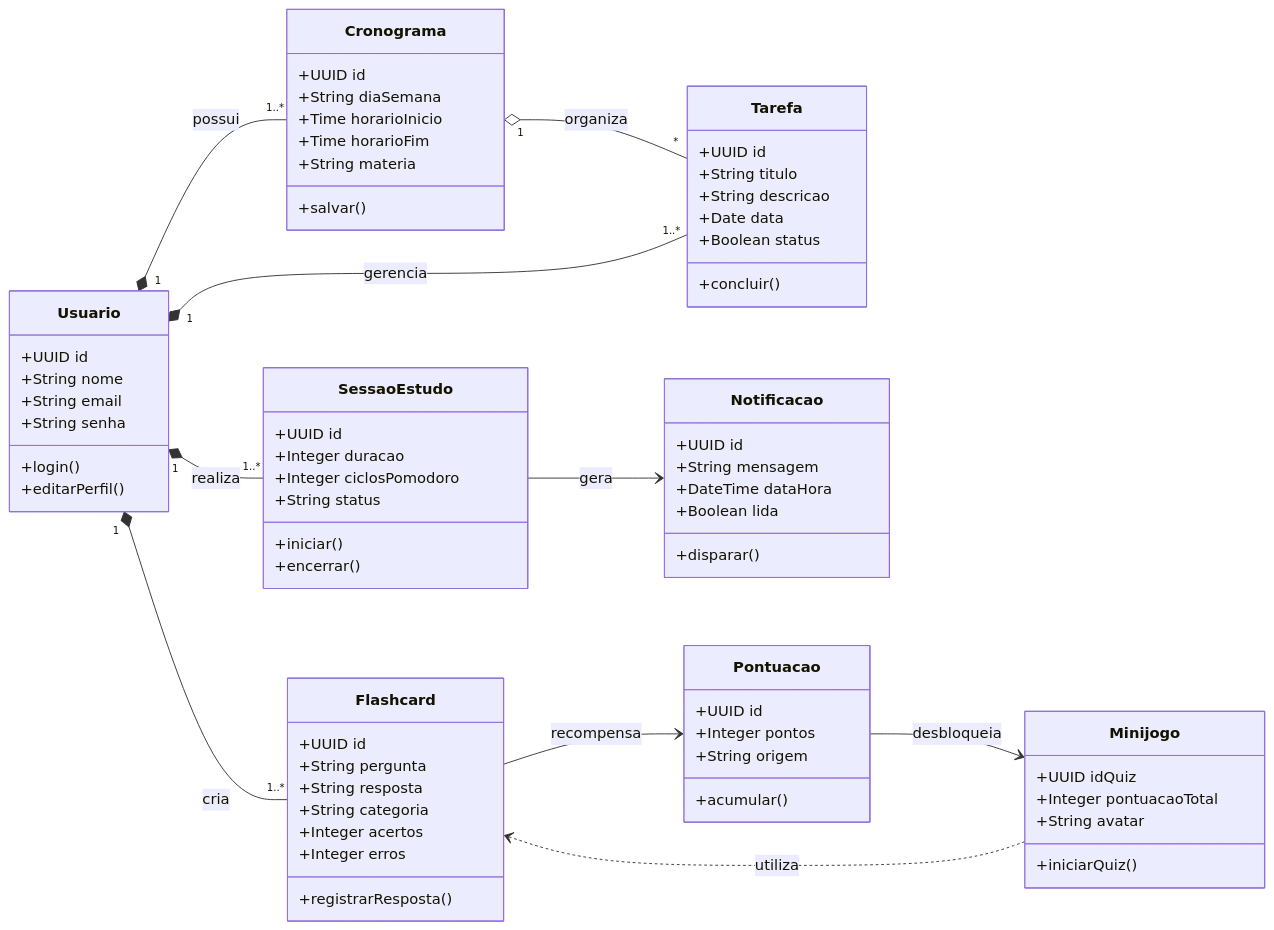
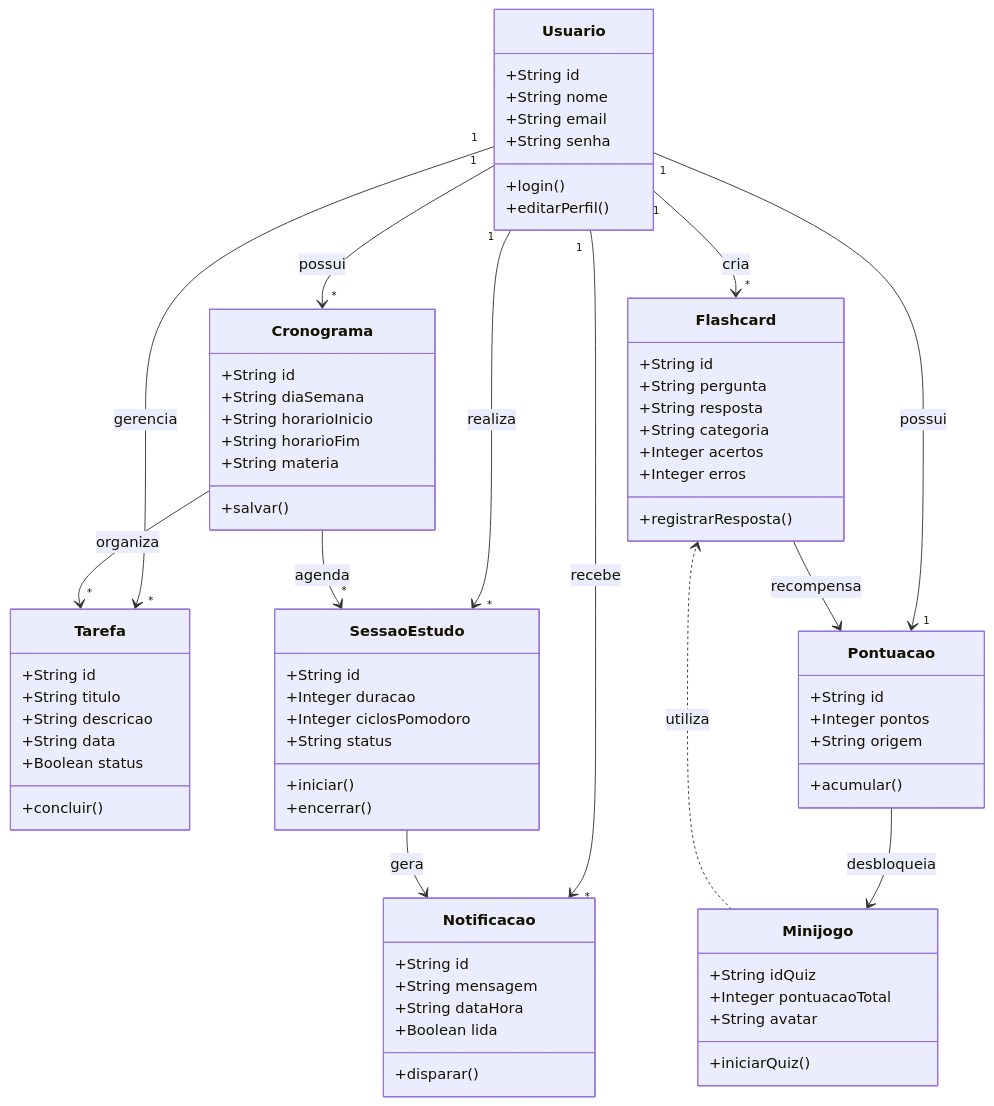
One commit to brenofeliix/software-engineering-foundations-project-lab changed the second of 3 diagrams in groups/group-06/Documento_de_Requisitos_Versao-Final.md. Above: the diagram before and after it, drawn with Mermaid. The commit also changed other lines of this file, not shown here.

Commit message:
Update Documento_de_Requisitos_Versao-Final.md
Item 9.1 e 9.2

````diff
--- a/groups/group-06/Documento_de_Requisitos_Versao-Final.md
+++ b/groups/group-06/Documento_de_Requisitos_Versao-Final.md
@@ -927,147 +881,87 @@
 ```mermaid
 classDiagram
-direction LR
+    direction TB
 
-class Usuario {
-    +UUID id
-    +String nome
-    +String email
-    +String senha
-    +login()
-    +editarPerfil()
-}
+    class Usuario {
+        +String id
+        +String nome
+        +String email
+        +String senha
+        +login()
+        +editarPerfil()
+    }
 
-class Cronograma {
-    +UUID id
-    +String diaSemana
-    +Time horarioInicio
-    +Time horarioFim
-    +String materia
-    +salvar()
-}
+    class Cronograma {
+        +String id
+        +String diaSemana
+        +String horarioInicio
+        +String horarioFim
+        +String materia
+        +salvar()
+    }
 
-class Tarefa {
-    +UUID id
-    +String titulo
-    +String descricao
-    +Date data
-    +Boolean status
-    +concluir()
-}
+    class Tarefa {
+        +String id
+        +String titulo
+        +String descricao
+        +String data
+        +Boolean status
+        +concluir()
+    }
 
-class SessaoEstudo {
-    +UUID id
-    +Integer duracao
-    +Integer ciclosPomodoro
-    +String status
-    +iniciar()
-    +encerrar()
-}
+    class SessaoEstudo {
+        +String id
+        +Integer duracao
+        +Integer ciclosPomodoro
+        +String status
+        +iniciar()
+        +encerrar()
+    }
 
-class Flashcard {
-    +UUID id
-    +String pergunta
-    +String resposta
-    +String categoria
-    +Integer acertos
-    +Integer erros
-    +registrarResposta()
-}
+    class Flashcard {
+        +String id
+        +String pergunta
+        +String resposta
+        +String categoria
+        +Integer acertos
+        +Integer erros
+        +registrarResposta()
+    }
 
-class Pontuacao {
-    +UUID id
-    +Integer pontos
-    +String origem
-    +acumular()
-}
+    class Pontuacao {
+        +String id
+        +Integer pontos
+        +String origem
+        +acumular()
+    }
 
-class Notificacao {
-    +UUID id
-    +String mensagem
-    +DateTime dataHora
-    +Boolean lida
-    +disparar()
-}
+    class Notificacao {
+        +String id
+        +String mensagem
+        +String dataHora
+        +Boolean lida
+        +disparar()
+    }
 
-class Minijogo {
-    +UUID idQuiz
-    +Integer pontuacaoTotal
-    +String avatar
-    +iniciarQuiz()
-}
+    class Minijogo {
+        +String idQuiz
+        +Integer pontuacaoTotal
+        +String avatar
+        +iniciarQuiz()
+    }
 
-Usuario "1" *-- "1..*" Cronograma : possui
-Usuario "1" *-- "1..*" Tarefa : gerencia
-Usuario "1" *-- "1..*" SessaoEstudo : realiza
-Usuario "1" *-- "1..*" Flashcard : cria
+    Usuario "1" --> "*" Cronograma : possui
+    Usuario "1" --> "*" Tarefa : gerencia
+    Usuario "1" --> "*" SessaoEstudo : realiza
+    Usuario "1" --> "*" Flashcard : cria
+    Usuario "1" --> "1" Pontuacao : possui
+    Usuario "1" --> "*" Notificacao : recebe
 
-Cronograma "1" o-- "*" Tarefa : organiza
+    Cronograma --> "*" Tarefa : organiza
+    Cronograma --> "*" SessaoEstudo : agenda
 
-SessaoEstudo --> Notificacao : gera
-
-Flashcard --> Pontuacao : recompensa
-
-Pontuacao --> Minijogo : desbloqueia
-
-Minijogo ..> Flashcard : utiliza
-
-```text
-+----------------------+          1..*     +----------------------+
-|       Usuário        |------------------>|     Cronograma       |
-+----------------------+                   +----------------------+
-| - id                 |                   | - diaSemana          |
-| - nome               |                   | - horarioInicio      |
-| - email              |                   | - horarioFim         |
-| - senha              |                   | - materia            |
-+----------------------+                   +----------------------+
-| + login()            |                   | + salvar()           |
-+----------------------+                   +----------------------+
-         |
-         | 1..*
-         v
-+----------------------+       (gera)      +----------------------+
-|       Tarefa         |------------------>|     Pontuação        |
-+----------------------+                   +----------------------+
-| - titulo             |                   | - pontos             |
-| - descricao          |                   | - dataObtida         |
-| - data               |                   +----------------------+
-| - status: Boolean    |                   | + acumular()         |
-+----------------------+                   | + gastar()           |
-| + concluir()         |                   +----------------------+
-+----------------------+                            |
-         |                                          | (gera)
-         | 1..*                                     v
-         v                                +----------------------+
-+----------------------+    «use»         |      Minijogo        |
-|    SessaoEstudo      |         +------->+----------------------+
-+----------------------+         |        | - idQuiz             |
-| - duracao            |         |        | - questoes: List     |
-| - ciclosPomodoro     |         |        | - pontuacaoTotal     |
-| - status             |         |        +----------------------+
-+----------------------+         |        | + iniciarQuiz()      |
-| + iniciar()          |         |        +----------------------+
-+----------------------+         |
-         |                       |
-         | (gera)                |
-         v                       |
-+----------------------+         |
-|     Notificação      |         |
-+----------------------+         |
-| - mensagem           |         |
-| - horario            |         |
-| - tipo               |         |
-+----------------------+         |
-                                 |
-+----------------------+         |
-|      Flashcard       |---------+
-+----------------------+
-| - pergunta           |
-| - resposta           |
-| - categoria          |
-| - acertos            |
-| - erros              |
-+----------------------+
-| + registrarResposta()|
-+----------------------+
-
+    SessaoEstudo --> Notificacao : gera
+    Flashcard --> Pontuacao : recompensa
+    Pontuacao --> Minijogo : desbloqueia
+    Minijogo ..> Flashcard : utiliza
 ```
````
